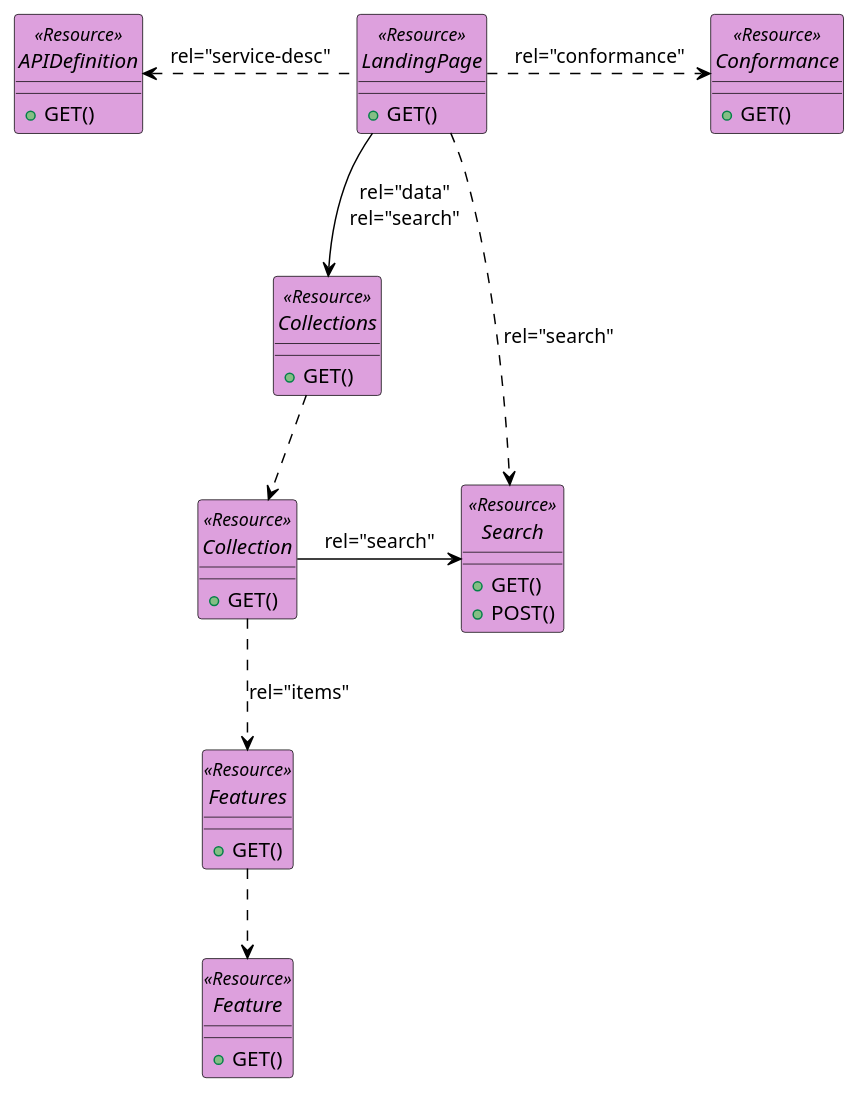
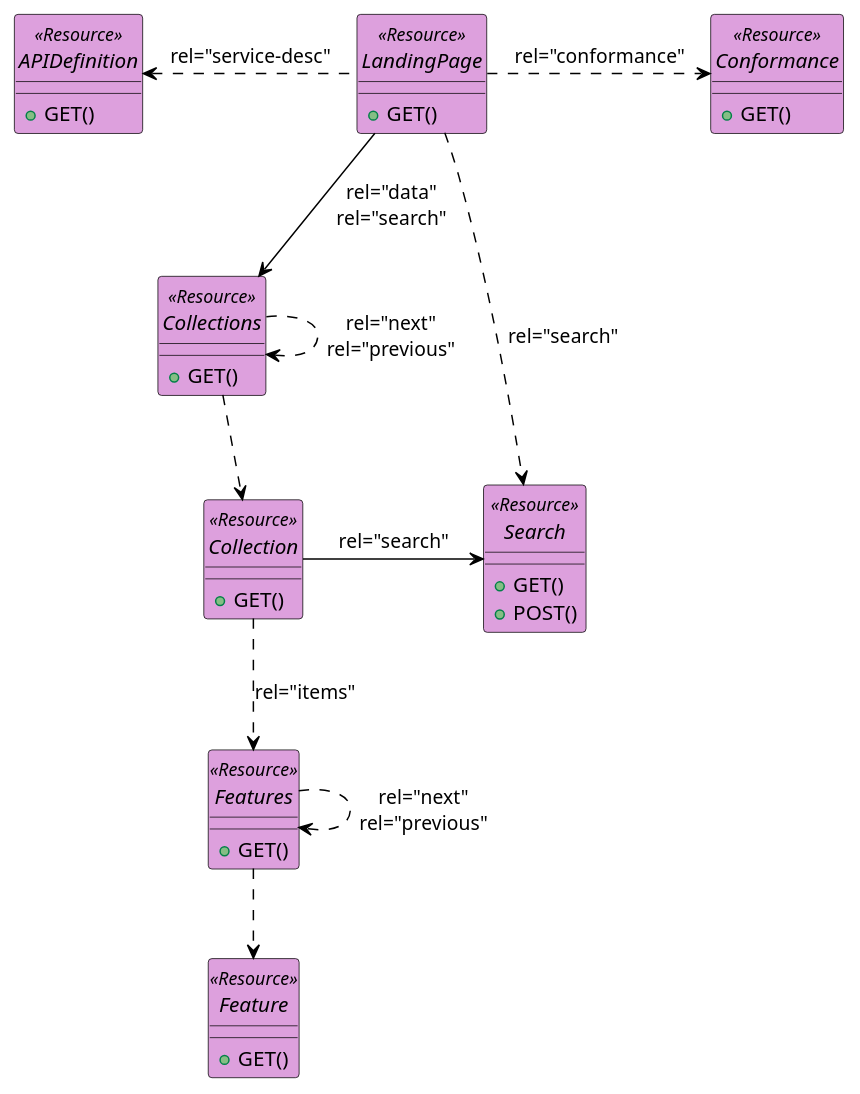
One commit to littleidiot40/stac-federated-search changed the diagram in figures/resources.puml. Above: the diagram before and after it, drawn with PlantUML. The commit also changed 1 other file, not shown here.

```diff
--- a/figures/resources.puml
+++ b/figures/resources.puml
@@ -1,66 +1,72 @@
 @startuml
 
 
 allowmixing
 
 skinparam componentStyle uml2
 skinparam ArrowColor Black
 skinparam ClassBorderColor Black
 skinparam ComponentBorderColor Black
 skinparam ObjectBorderColor Black
 
 hide circle
 ' hide <<Resource>> circle
 show <<GeoJSON>> circle
 ' hide <<Interface>> circle
 
 
 ' interface "<<Resource>>\nC" as CreateFeature #Plum
 
 interface LandingPage <<Resource>>  #Plum {
     +GET()
 }
 
 interface APIDefinition <<Resource>> #Plum {
    +GET()
 }
 
 interface Conformance <<Resource>> #Plum {
    +GET()
 }
 
 interface Collections <<Resource>> #Plum {
    +GET()
 }
 
 interface Collection <<Resource>> #Plum {
    +GET()
 }
 
 interface Features <<Resource>> #Plum {
    +GET()
 }
 
 interface Feature <<Resource>> #Plum {
    +GET()
 }
 
 interface Search <<Resource>> #Plum {
    +GET()
    +POST()
 }
 
 
 LandingPage .left.> APIDefinition : "rel="service-desc"" 
 LandingPage .right.> Conformance : "rel="conformance"" 
 LandingPage ..> Search : "rel="search"" 
 LandingPage -down-> Collections : "rel="data"\nrel="search"" 
 Collections .down.> Collection  
 
+Collections ..> Collections : "rel="next"\nrel="previous""
+
 Collection .down.> Features : "rel="items""
+
+
+
 Collection -right-> Search : "rel="search""
 Features .down.> Feature 
 
+Features ..> Features : "rel="next"\nrel="previous""
 
 
 @enduml
```
